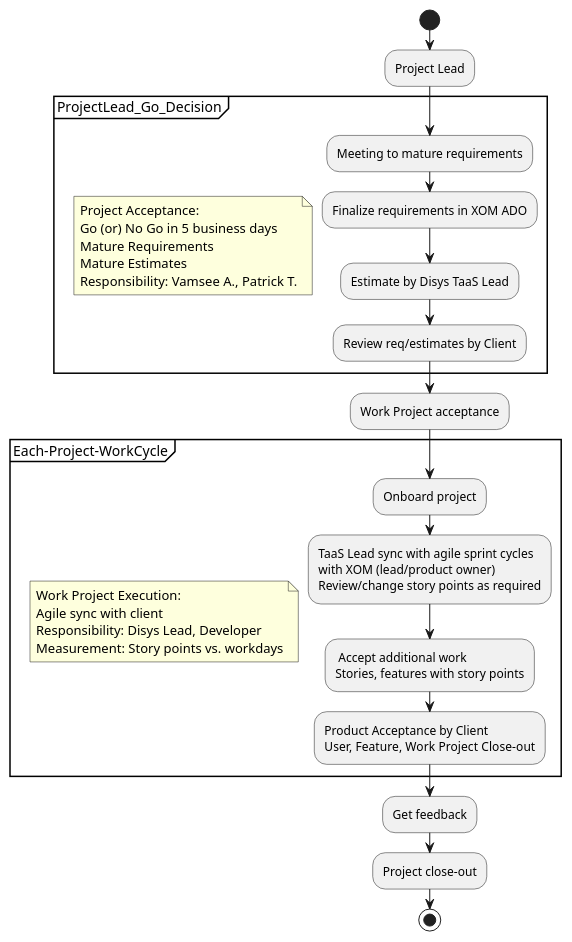
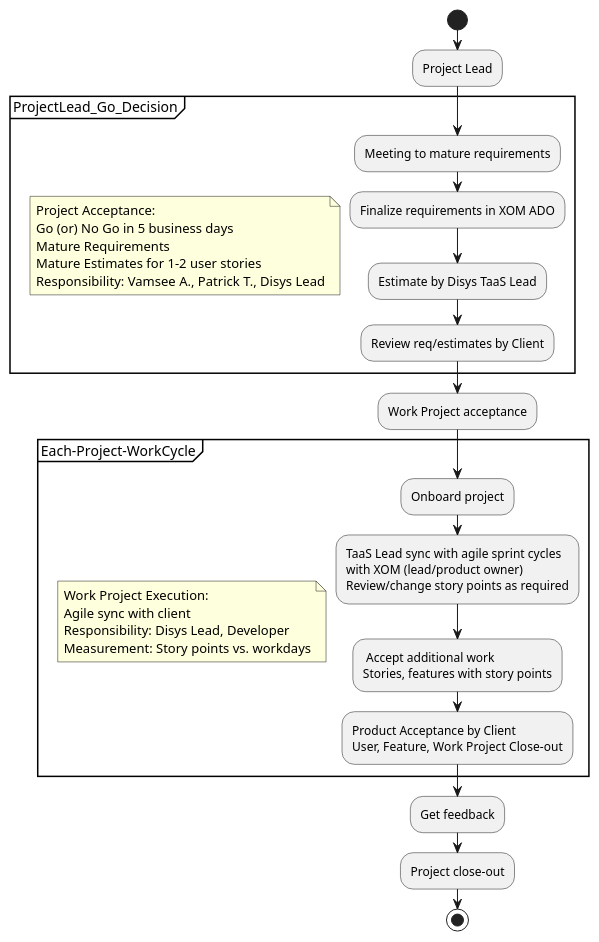
The diagram in tools/puml/project_process_workflow.puml (vamseeachanta/energy), drawn with PlantUML before and after one commit. The commit also changed 1 other file, not shown here.

```diff
--- a/tools/puml/project_process_workflow.puml
+++ b/tools/puml/project_process_workflow.puml
@@ -1,47 +1,47 @@
 @startuml project_process_workflow
 start
 :Project Lead;
 partition ProjectLead_Go_Decision {
 
 note
     Project Acceptance: 
     Go (or) No Go in 5 business days
     Mature Requirements
-    Mature Estimates
-    Responsibility: Vamsee A., Patrick T.
+    Mature Estimates for 1-2 user stories
+    Responsibility: Vamsee A., Patrick T., Disys Lead
 end note
 
 :Meeting to mature requirements;
 :Finalize requirements in XOM ADO;
 :Estimate by Disys TaaS Lead;
 :Review req/estimates by Client;
 
 }
 
 :Work Project acceptance;
 
 partition Each-Project-WorkCycle {
 
 note
     Work Project Execution:
     Agile sync with client
     Responsibility: Disys Lead, Developer
     Measurement: Story points vs. workdays
 end note
 
 :Onboard project;
 :TaaS Lead sync with agile sprint cycles
 with XOM (lead/product owner)
 Review/change story points as required;
 : Accept additional work
 Stories, features with story points;
 :Product Acceptance by Client
 User, Feature, Work Project Close-out;
 
 }
 
 :Get feedback;
 :Project close-out;
 
 stop
 @enduml
```
